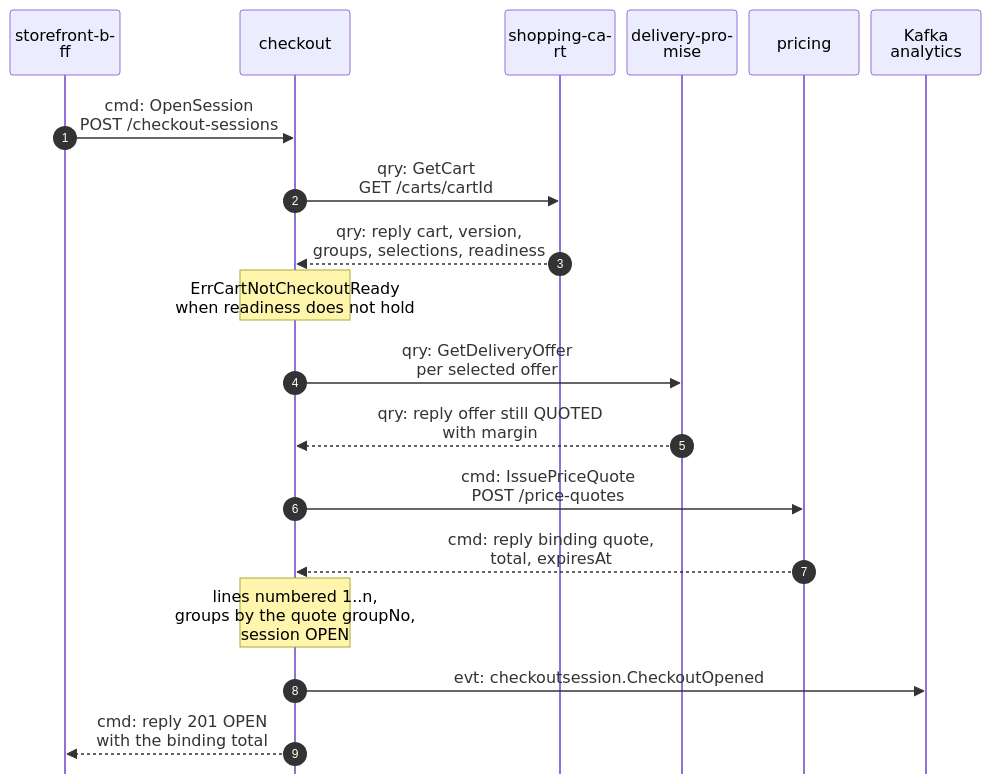
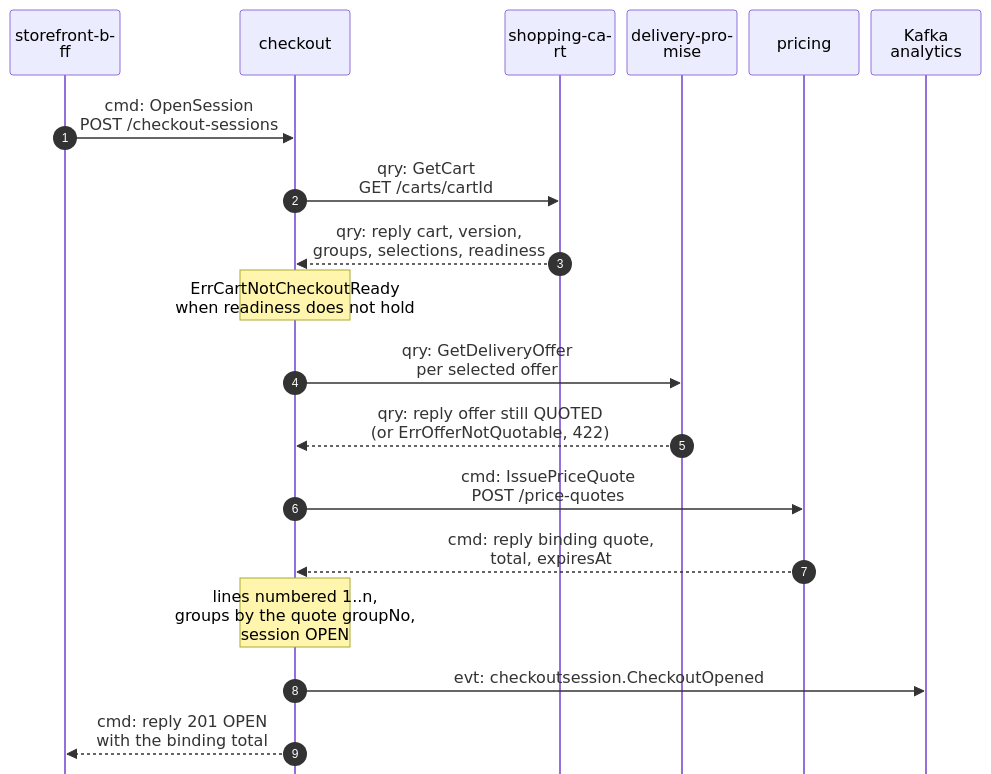
One commit to IQVO/warehouse-docs changed the first of 5 diagrams in storefront/docs/contexts/checkout/domain-message-flow.md. Above: the diagram before and after it, drawn with Mermaid. The commit also changed other lines of this file and 8 other files, not shown here.

````diff
--- a/storefront/docs/contexts/checkout/domain-message-flow.md
+++ b/storefront/docs/contexts/checkout/domain-message-flow.md
@@ -26,22 +26,22 @@
 ```mermaid
 %%{init: {"sequence": {"wrap": true, "width": 110, "actorMargin": 12, "messageMargin": 28, "boxMargin": 6, "noteMargin": 6, "mirrorActors": false}}}%%
 sequenceDiagram
     autonumber
     participant BFF as storefront-bff
     participant CK as checkout
     participant SC as shopping-cart
     participant DP as delivery-promise
     participant PR as pricing
     participant K as Kafka analytics
     BFF->>CK: cmd: OpenSession<br/>POST /checkout-sessions
     CK->>SC: qry: GetCart<br/>GET /carts/cartId
     SC-->>CK: qry: reply cart, version,<br/>groups, selections, readiness
     Note over CK: ErrCartNotCheckoutReady<br/>when readiness does not hold
     CK->>DP: qry: GetDeliveryOffer<br/>per selected offer
-    DP-->>CK: qry: reply offer still QUOTED<br/>with margin
+    DP-->>CK: qry: reply offer still QUOTED<br/>(or ErrOfferNotQuotable, 422)
     CK->>PR: cmd: IssuePriceQuote<br/>POST /price-quotes
     PR-->>CK: cmd: reply binding quote,<br/>total, expiresAt
     Note over CK: lines numbered 1..n,<br/>groups by the quote groupNo,<br/>session OPEN
     CK->>K: evt: checkoutsession.CheckoutOpened
     CK-->>BFF: cmd: reply 201 OPEN<br/>with the binding total
 ```
````
